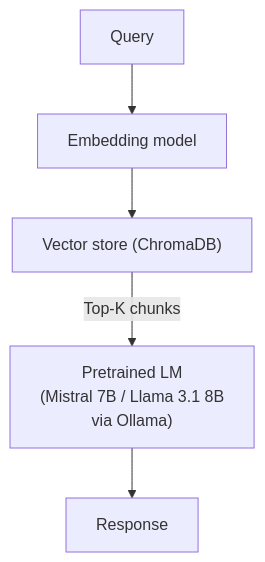
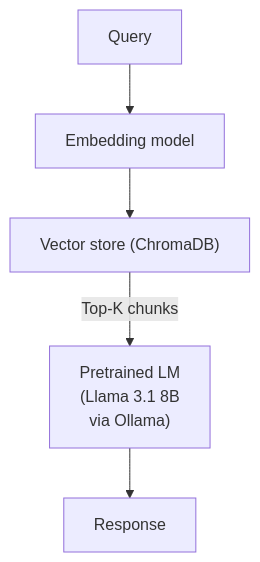
Before and after one commit to josh-wong/als-lm: the fifth of 5 diagrams in docs/design-doc.md, drawn with Mermaid. The commit also changed other lines of this file and 1 other file, not shown here.

````diff
--- a/docs/design-doc.md
+++ b/docs/design-doc.md
@@ -715,6 +715,6 @@
 ```mermaid
 flowchart TD
   query["Query"] --> embed["Embedding model"] --> vector["Vector store (ChromaDB)"]
-  vector -->|"Top-K chunks"| lm["Pretrained LM<br/>(Mistral 7B / Llama 3.1 8B<br/>via Ollama)"]
+  vector -->|"Top-K chunks"| lm["Pretrained LM<br/>(Llama 3.1 8B<br/>via Ollama)"]
   lm --> response["Response"]
 ```
````
